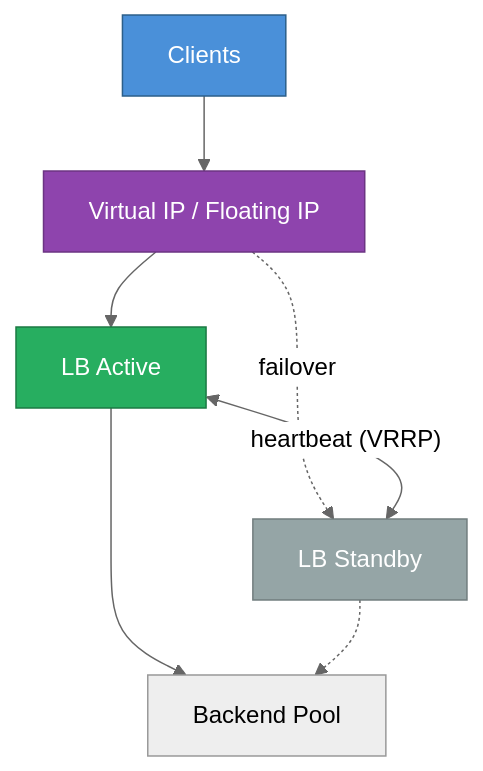
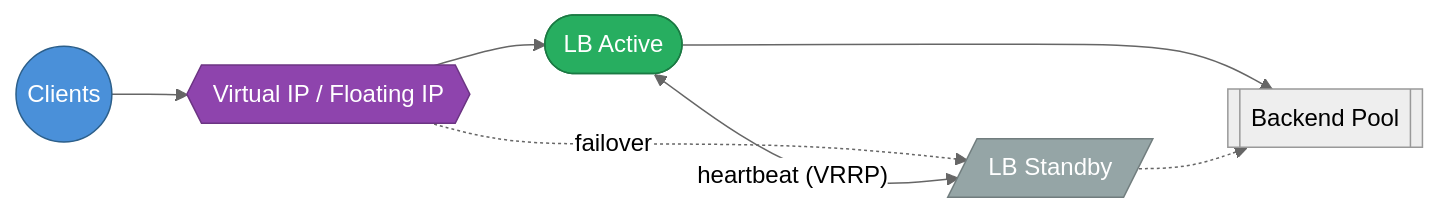
Before and after one commit to saivamsikaruturi/vamsilabs-dev-notes-main: the fifth of 6 diagrams in docs/loadbalancer.md, drawn with Mermaid (neutral theme). The commit also changed other lines of this file and 146 other files, not shown here.

Commit message:
Horizontal diagrams, UML class diagrams, typography overhaul, and permalink cleanup

````diff
--- a/docs/loadbalancer.md
+++ b/docs/loadbalancer.md
@@ -289,14 +289,14 @@
 ```mermaid
-flowchart TB
+flowchart LR
     classDef activeStyle fill:#27AE60,stroke:#1B7A43,color:#fff
     classDef passiveStyle fill:#95A5A6,stroke:#717D7E,color:#fff
     classDef vipStyle fill:#8E44AD,stroke:#6C3483,color:#fff
     classDef clientStyle fill:#4A90D9,stroke:#2C5F8A,color:#fff
 
-    Client[Clients]:::clientStyle --> VIP[Virtual IP / Floating IP]:::vipStyle
-    VIP --> LB1[LB Active]:::activeStyle
-    VIP -.->|"failover"| LB2[LB Standby]:::passiveStyle
+    Client(("Clients")):::clientStyle --> VIP{{"Virtual IP / Floating IP"}}:::vipStyle
+    VIP --> LB1(["LB Active"]):::activeStyle
+    VIP -.->|"failover"| LB2[/"LB Standby"/]:::passiveStyle
     LB1 <-->|"heartbeat (VRRP)"| LB2
-    LB1 --> Servers[Backend Pool]
+    LB1 --> Servers[["Backend Pool"]]
     LB2 -.-> Servers
 ```
````
